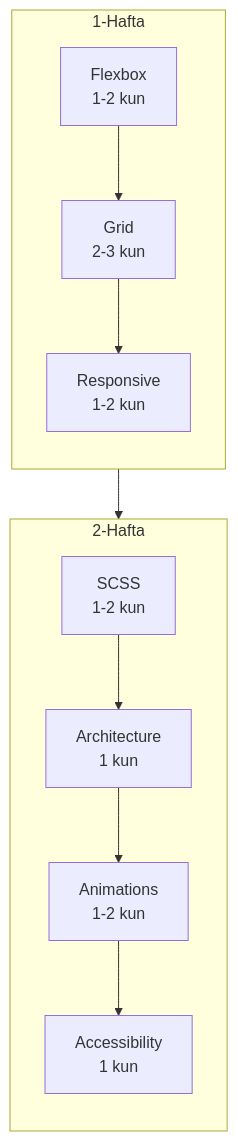
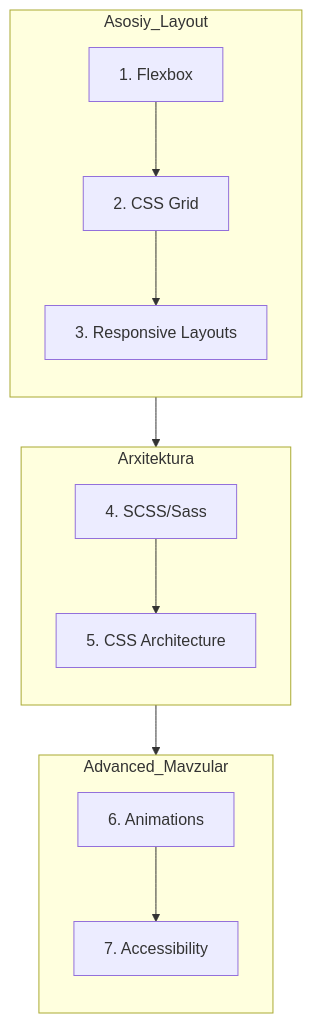
The diagram in docs/03-html-css-advanced/index.md (nusretoglu/senior-frontend-roadmap), drawn with Mermaid before and after one commit. The commit also changed other lines of this file and 143 other files, not shown here.

````diff
--- a/docs/03-html-css-advanced/index.md
+++ b/docs/03-html-css-advanced/index.md
@@ -111,14 +25,19 @@
 ```mermaid
 graph TD
-    subgraph Hafta_1[1-Hafta]
+    subgraph Asosiy_Layout
         direction TB
-        F[Flexbox<br>1-2 kun] --> G[Grid<br>2-3 kun] --> R[Responsive<br>1-2 kun]
+        F[1. Flexbox] --> G[2. CSS Grid] --> R[3. Responsive Layouts]
     end
     
-    subgraph Hafta_2[2-Hafta]
+    subgraph Arxitektura
         direction TB
-        S[SCSS<br>1-2 kun] --> A[Architecture<br>1 kun] --> AN[Animations<br>1-2 kun] --> ACC[Accessibility<br>1 kun]
+        S[4. SCSS/Sass] --> A[5. CSS Architecture] 
     end
     
-    Hafta_1 --> Hafta_2
+    subgraph Advanced_Mavzular
+        direction TB
+        AN[6. Animations] --> ACC[7. Accessibility]
+    end
+    
+    Asosiy_Layout --> Arxitektura --> Advanced_Mavzular
 ```
````
